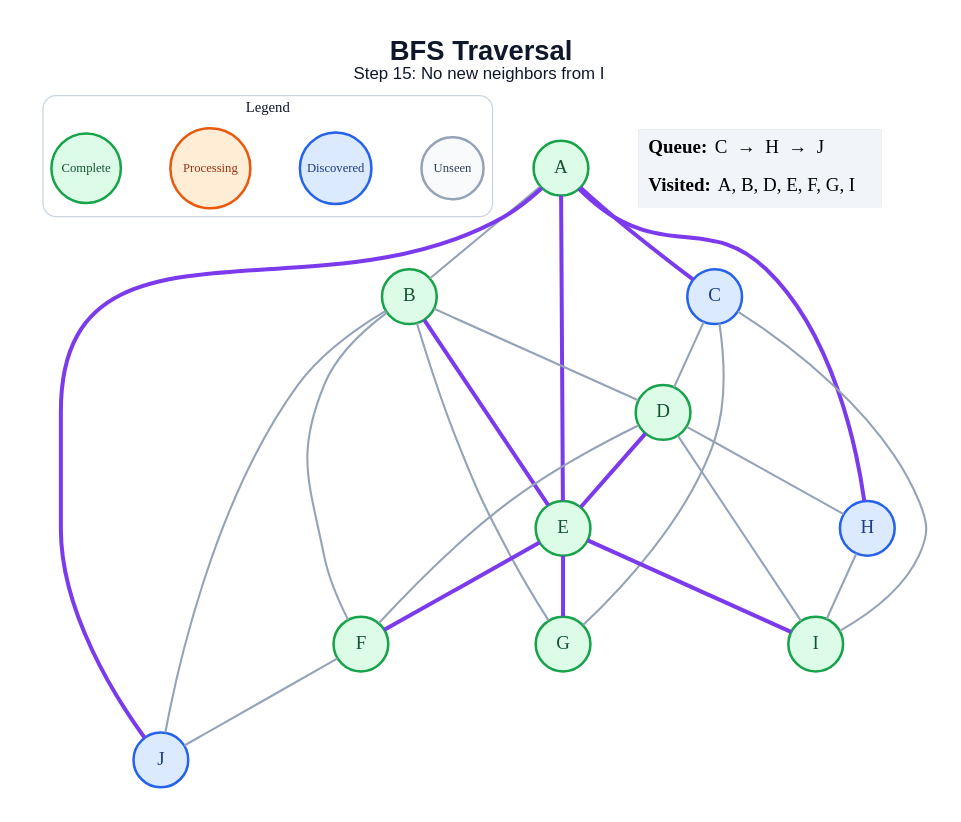
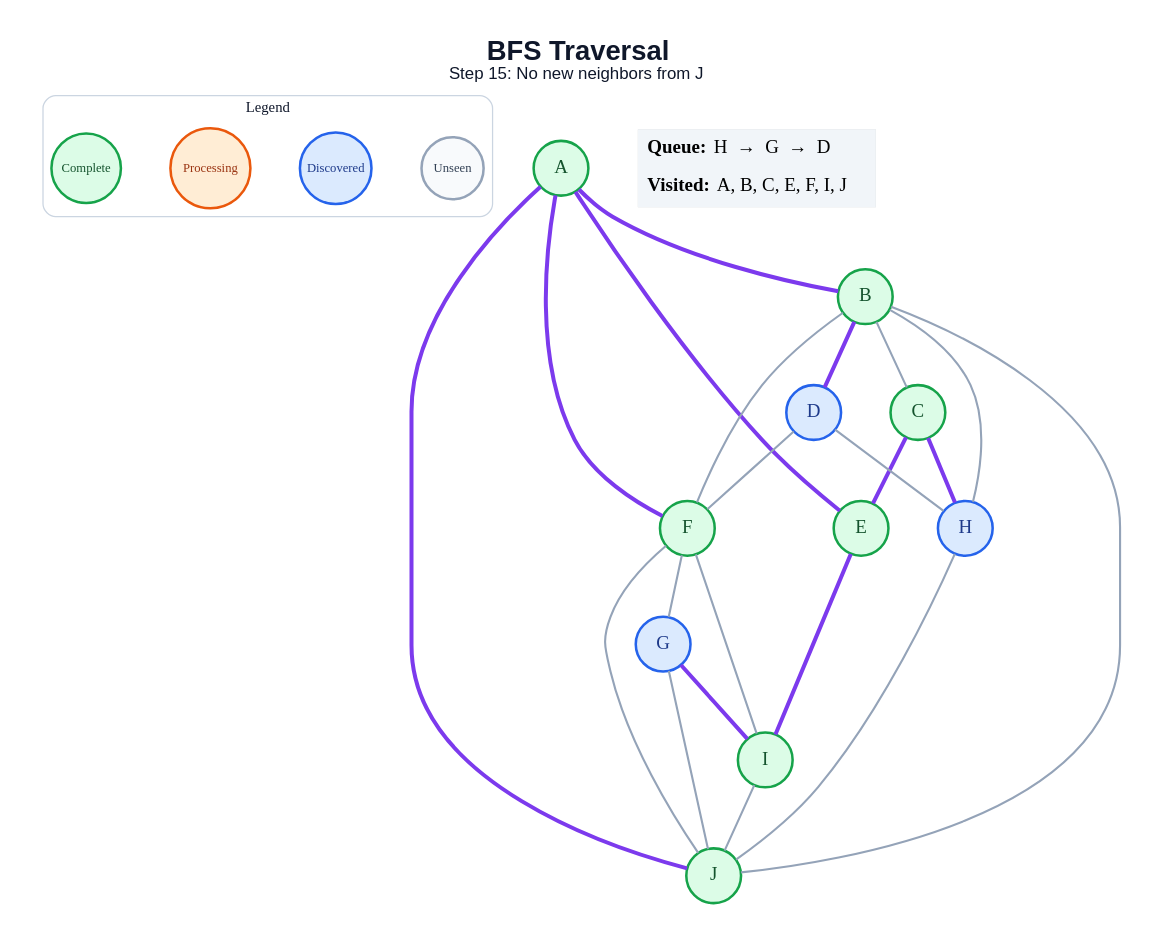
Before and after one commit to amanghodawala9/ai-slop: the diagram in generated/specific-node/bfs/step_15.dot, drawn with Graphviz. The commit also changed 178 other files, not shown here.

```diff
--- a/generated/specific-node/bfs/step_15.dot
+++ b/generated/specific-node/bfs/step_15.dot
@@ -1,51 +1,50 @@
 graph traversal {
   graph [layout=dot, rankdir=TB, bgcolor="#FFFFFF", pad="0.35", nodesep="0.65", ranksep="0.8", fontname="Arial"];
   node [shape=circle, style="filled", fontname="Arial Bold", fontsize=18, width=0.72, fixedsize=true, penwidth=2.4];
   edge [color="#94A3B8", penwidth=2.0];
-  label=<<B>BFS Traversal</B><BR/><FONT POINT-SIZE="16">Step 15: No new neighbors from I</FONT>>; labelloc="t"; fontsize=26; fontname="Arial"; fontcolor="#0F172A";
+  label=<<B>BFS Traversal</B><BR/><FONT POINT-SIZE="16">Step 15: No new neighbors from J</FONT>>; labelloc="t"; fontsize=26; fontname="Arial"; fontcolor="#0F172A";
   subgraph cluster_legend { label="Legend"; color="#CBD5E1"; penwidth=1.2; style="rounded"; fontsize=14; fontname="Arial Bold";
     key_unseen [label="Unseen", fillcolor="#F8FAFC", color="#94A3B8", fontcolor="#334155", fontsize=12, width=0.82];
     key_frontier [label="Discovered", fillcolor="#DBEAFE", color="#2563EB", fontcolor="#1E3A8A", fontsize=12, width=0.95];
     key_current [label="Processing", fillcolor="#FFEDD5", color="#EA580C", fontcolor="#9A3412", fontsize=12, width=1.05];
     key_done [label="Complete", fillcolor="#DCFCE7", color="#16A34A", fontcolor="#14532D", fontsize=12, width=0.92];
     { rank=same; key_unseen; key_frontier; key_current; key_done; }
   }
   A [fillcolor="#DCFCE7", color="#16A34A", fontcolor="#14532D"];
   B [fillcolor="#DCFCE7", color="#16A34A", fontcolor="#14532D"];
-  C [fillcolor="#DBEAFE", color="#2563EB", fontcolor="#1E3A8A"];
-  D [fillcolor="#DCFCE7", color="#16A34A", fontcolor="#14532D"];
+  C [fillcolor="#DCFCE7", color="#16A34A", fontcolor="#14532D"];
+  D [fillcolor="#DBEAFE", color="#2563EB", fontcolor="#1E3A8A"];
   E [fillcolor="#DCFCE7", color="#16A34A", fontcolor="#14532D"];
   F [fillcolor="#DCFCE7", color="#16A34A", fontcolor="#14532D"];
-  G [fillcolor="#DCFCE7", color="#16A34A", fontcolor="#14532D"];
+  G [fillcolor="#DBEAFE", color="#2563EB", fontcolor="#1E3A8A"];
   H [fillcolor="#DBEAFE", color="#2563EB", fontcolor="#1E3A8A"];
   I [fillcolor="#DCFCE7", color="#16A34A", fontcolor="#14532D"];
-  J [fillcolor="#DBEAFE", color="#2563EB", fontcolor="#1E3A8A"];
-  A -- B;
-  A -- C [color="#7C3AED", penwidth=3.8];
+  J [fillcolor="#DCFCE7", color="#16A34A", fontcolor="#14532D"];
+  A -- B [color="#7C3AED", penwidth=3.8];
   A -- E [color="#7C3AED", penwidth=3.8];
-  A -- H [color="#7C3AED", penwidth=3.8];
+  A -- F [color="#7C3AED", penwidth=3.8];
   A -- J [color="#7C3AED", penwidth=3.8];
-  B -- D;
-  B -- E [color="#7C3AED", penwidth=3.8];
+  B -- C;
+  B -- D [color="#7C3AED", penwidth=3.8];
   B -- F;
-  B -- G;
+  B -- H;
   B -- J;
-  C -- D;
-  C -- G;
-  C -- I;
-  D -- E [color="#7C3AED", penwidth=3.8];
+  C -- E [color="#7C3AED", penwidth=3.8];
+  C -- H [color="#7C3AED", penwidth=3.8];
   D -- F;
   D -- H;
-  D -- I;
-  E -- F [color="#7C3AED", penwidth=3.8];
-  E -- G [color="#7C3AED", penwidth=3.8];
   E -- I [color="#7C3AED", penwidth=3.8];
+  F -- G;
+  F -- I;
   F -- J;
-  H -- I;
+  G -- I [color="#7C3AED", penwidth=3.8];
+  G -- J;
+  H -- J;
+  I -- J;
   status [shape=plain, fixedsize=false, width=0, height=0, margin=0, label=<
     <TABLE BORDER="0" CELLBORDER="0" CELLPADDING="7" BGCOLOR="#F1F5F9">
-      <TR><TD ALIGN="LEFT"><B>Queue:</B> C  →  H  →  J</TD></TR>
-      <TR><TD ALIGN="LEFT"><B>Visited:</B> A, B, D, E, F, G, I</TD></TR>
+      <TR><TD ALIGN="LEFT"><B>Queue:</B> H  →  G  →  D</TD></TR>
+      <TR><TD ALIGN="LEFT"><B>Visited:</B> A, B, C, E, F, I, J</TD></TR>
     </TABLE>
   >];
 }
```
